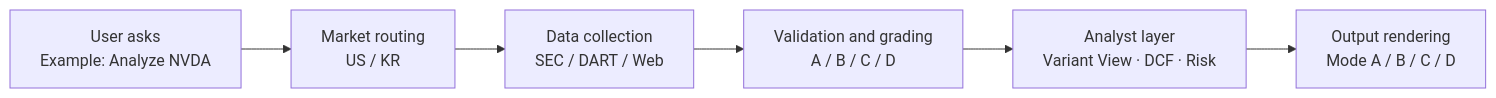
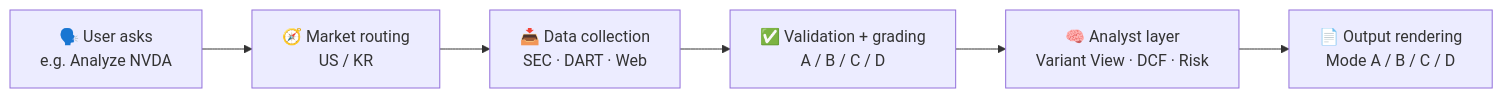
One commit to lowtidebuild/stock-analysis-agent changed the diagram in README.md. Above: the diagram before and after it, drawn with Mermaid. The commit also changed other lines of this file and 1 other file, not shown here.

````diff
--- a/README.md
+++ b/README.md
@@ -192,8 +215,8 @@
 ```mermaid
 flowchart LR
-    Q[User asks<br/>Example: Analyze NVDA] --> R[Market routing<br/>US / KR]
-    R --> C[Data collection<br/>SEC / DART / Web]
-    C --> V[Validation and grading<br/>A / B / C / D]
-    V --> A[Analyst layer<br/>Variant View · DCF · Risk]
-    A --> O[Output rendering<br/>Mode A / B / C / D]
+    Q[🗣️ User asks<br/>e.g. Analyze NVDA] --> R[🧭 Market routing<br/>US / KR]
+    R --> C[📥 Data collection<br/>SEC · DART · Web]
+    C --> V[✅ Validation + grading<br/>A / B / C / D]
+    V --> A[🧠 Analyst layer<br/>Variant View · DCF · Risk]
+    A --> O[📄 Output rendering<br/>Mode A / B / C / D]
 ```
````
